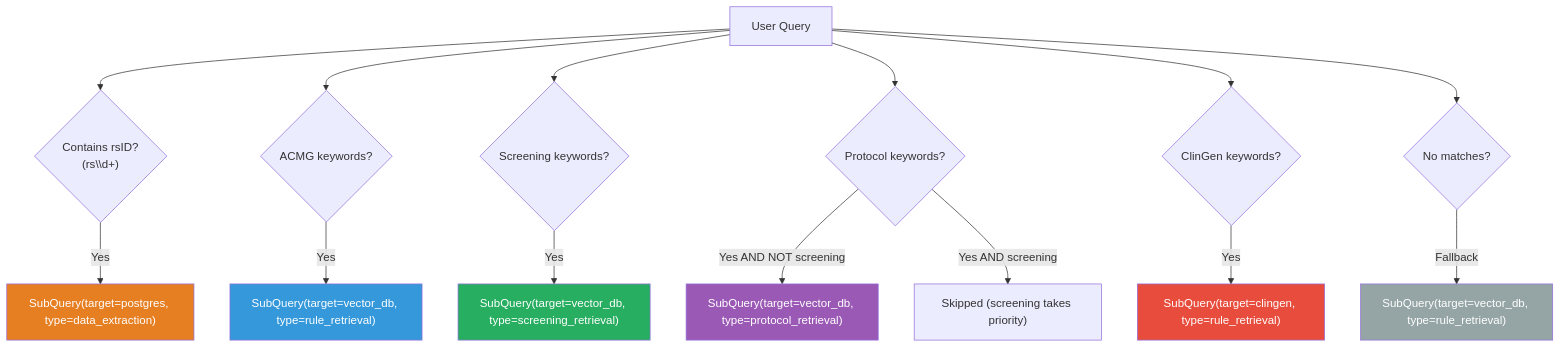
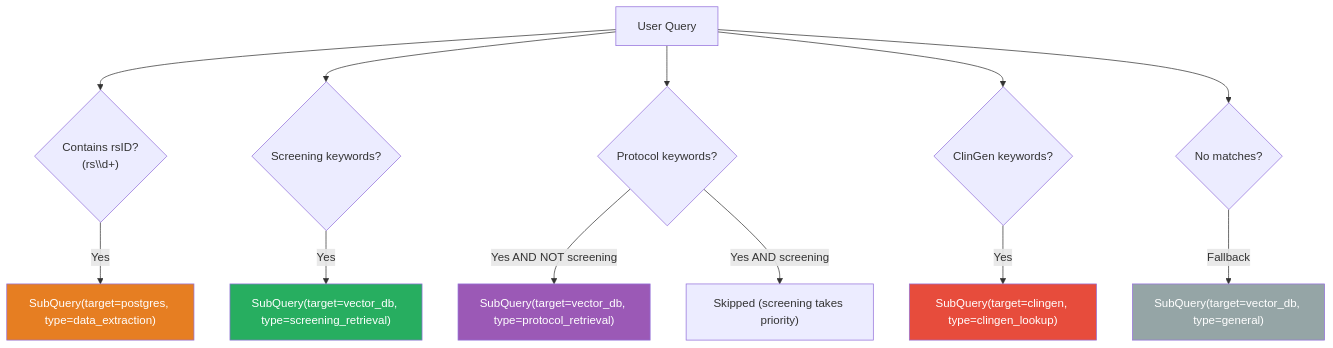
The third of 13 diagrams in project_analysis.md (RenX86/Privacy-Preserving-CDSS), drawn with Mermaid before and after one commit. The commit also changed other lines of this file and 14 other files, not shown here.

````diff
--- a/project_analysis.md
+++ b/project_analysis.md
@@ -174,23 +173,20 @@
 ```mermaid
 flowchart TD
     Q["User Query"] --> V{"Contains rsID?<br/>(rs\\d+)"}
     V -->|Yes| SQ1["SubQuery(target=postgres, type=data_extraction)"]
-    Q --> A{"ACMG keywords?"}
-    A -->|Yes| SQ2["SubQuery(target=vector_db, type=rule_retrieval)"]
     Q --> S{"Screening keywords?"}
     Q --> P{"Protocol keywords?"}
     P -->|"Yes AND NOT screening"| SQ3["SubQuery(target=vector_db, type=protocol_retrieval)"]
     P -->|"Yes AND screening"| SKIP["Skipped (screening takes priority)"]
     S -->|Yes| SQ4["SubQuery(target=vector_db, type=screening_retrieval)"]
     Q --> CL{"ClinGen keywords?"}
-    CL -->|Yes| SQ5["SubQuery(target=clingen, type=rule_retrieval)"]
+    CL -->|Yes| SQ5["SubQuery(target=clingen, type=clingen_lookup)"]
     Q --> NONE{"No matches?"}
-    NONE -->|Fallback| SQ6["SubQuery(target=vector_db, type=rule_retrieval)"]
+    NONE -->|Fallback| SQ6["SubQuery(target=vector_db, type=general)"]
 
     style SQ1 fill:#e67e22,color:#fff
-    style SQ2 fill:#3498db,color:#fff
     style SQ3 fill:#9b59b6,color:#fff
     style SQ4 fill:#27ae60,color:#fff
     style SQ5 fill:#e74c3c,color:#fff
     style SQ6 fill:#95a5a6,color:#fff
 ```
````
